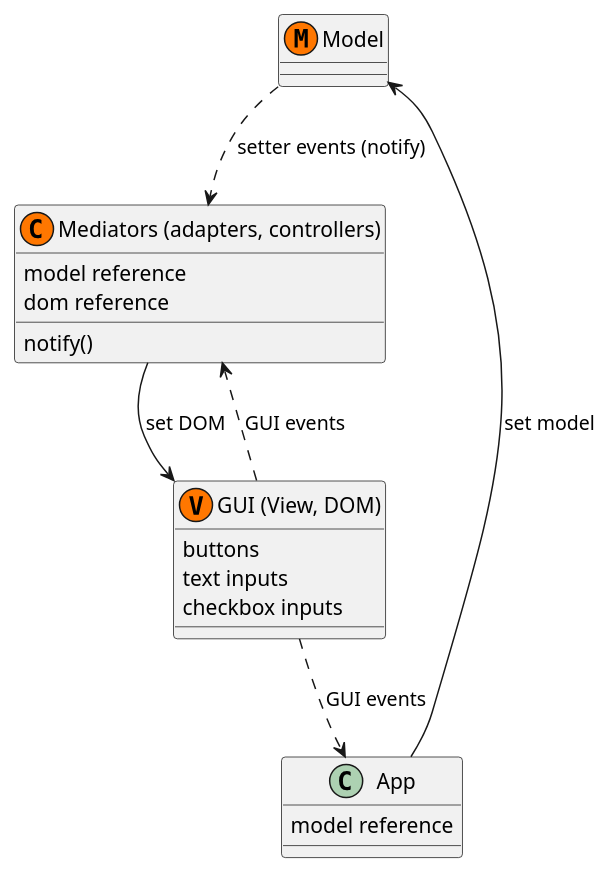
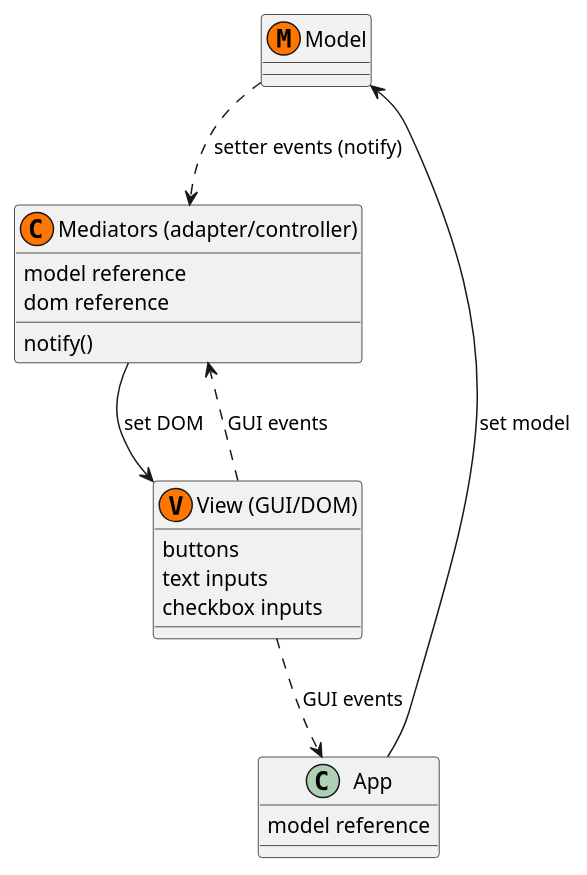
Before and after one commit to abulka/gui-showdown: the diagram in doco.plantuml.wsd, drawn with PlantUML. The commit also changed 1 other file, not shown here.

Commit message:
UML again

```diff
--- a/doco.plantuml.wsd
+++ b/doco.plantuml.wsd
@@ -2,27 +2,27 @@
 @startuml MVA_MGM_Architecture
 
 class "Model"  << (M,#FF7700) >> {
 }
 
-class "Mediators (adapters, controllers)" << (C,#FF7700) >> {
+class "Mediators (adapter/controller)" << (C,#FF7700) >> {
     model reference
     dom reference
     notify()
 }
 
-class "GUI (View, DOM)" << (V,#FF7700) >> {
+class "View (GUI/DOM)" << (V,#FF7700) >> {
     buttons
     text inputs
     checkbox inputs
 }
 
 class App {
     model reference
 }
 
-"Mediators (adapters, controllers)" --> "GUI (View, DOM)" : set DOM
-"GUI (View, DOM)" ..> "Mediators (adapters, controllers)" : GUI events
-"GUI (View, DOM)" ..> App : GUI events
-Model ..> "Mediators (adapters, controllers)" : setter events (notify)
+"Mediators (adapter/controller)" --> "View (GUI/DOM)" : set DOM
+"View (GUI/DOM)" ..> "Mediators (adapter/controller)" : GUI events
+"View (GUI/DOM)" ..> App : GUI events
+Model ..> "Mediators (adapter/controller)" : setter events (notify)
 App --> Model : set model
 @enduml
```
